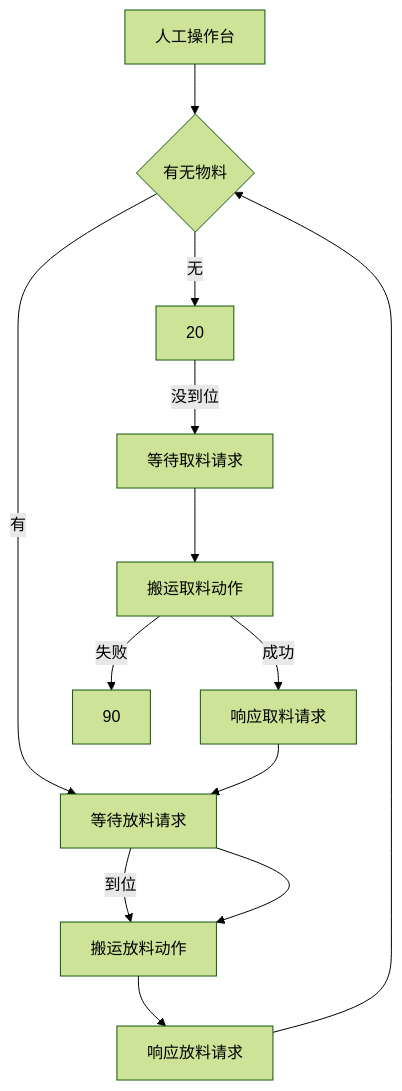
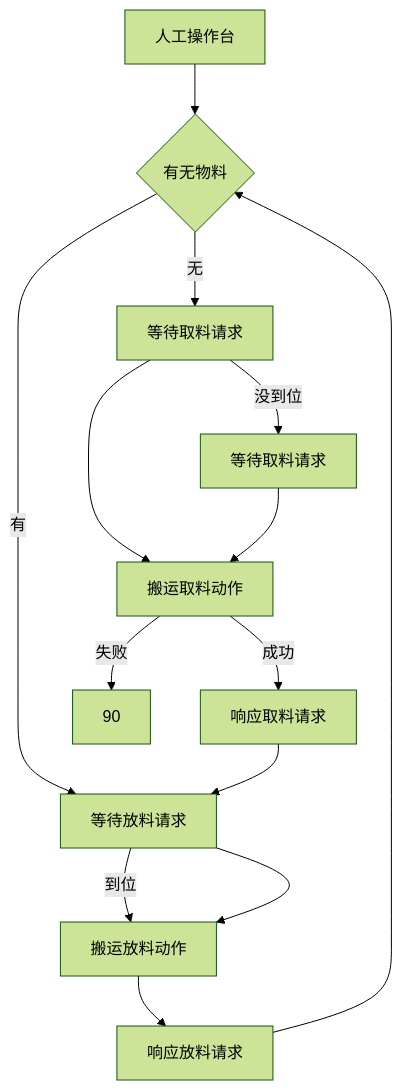
One commit to PengKun1/iodraw-files changed the diagram in all/未命名-4.md. Above: the diagram before and after it, drawn with Mermaid (forest theme).

Commit message:
2024-12-20 14:44:52 update

````diff
--- a/all/未命名-4.md
+++ b/all/未命名-4.md
@@ -1,16 +1,16 @@
 ```mermaid
 graph TD
 0[人工操作台]-->10
 10{有无物料}-->|无|20
 10-->|有|60
-
+20[等待取料请求]-->40
 60{是否到位}-->|到位|70
 20-->|没到位|30
 30[等待取料请求]-->40
 40[搬运取料动作]-->|成功|50
 40-->|失败|90
 50[响应取料请求]-->60
 60[等待放料请求]-->70
 70[搬运放料动作]-->80
 80[响应放料请求]-->10
 ```
````
